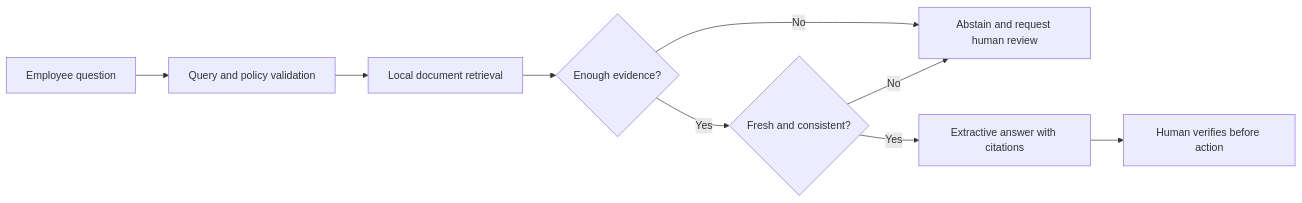
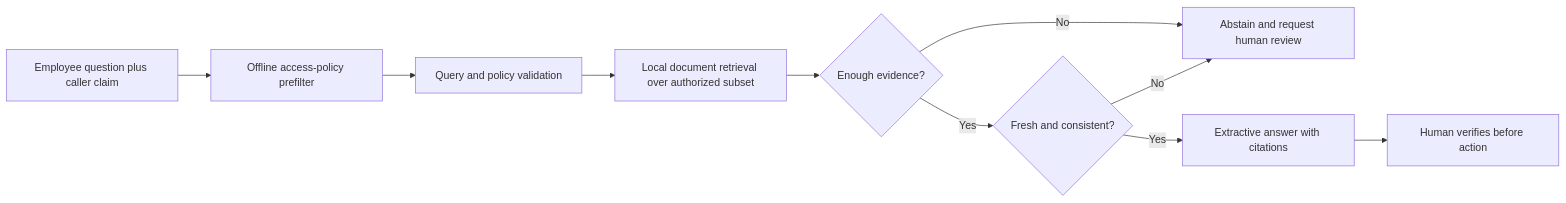
Before and after one commit to magicyao2028-pixel/enterprise-knowledge-agent: the diagram in README.md, drawn with Mermaid. The commit also changed other lines of this file and 19 other files, not shown here.

Commit message:
harden offline access prefilter

````diff
--- a/README.md
+++ b/README.md
@@ -49,11 +53,12 @@
 ```mermaid
 flowchart LR
-    Q[Employee question] --> V[Query and policy validation]
-    V --> R[Local document retrieval]
+    Q[Employee question plus caller claim] --> P[Offline access-policy prefilter]
+    P --> V[Query and policy validation]
+    V --> R[Local document retrieval over authorized subset]
     R --> E{Enough evidence?}
     E -->|No| H[Abstain and request human review]
     E -->|Yes| G{Fresh and consistent?}
     G -->|Yes| A[Extractive answer with citations]
     G -->|No| H
     A --> H2[Human verifies before action]
 ```
````
